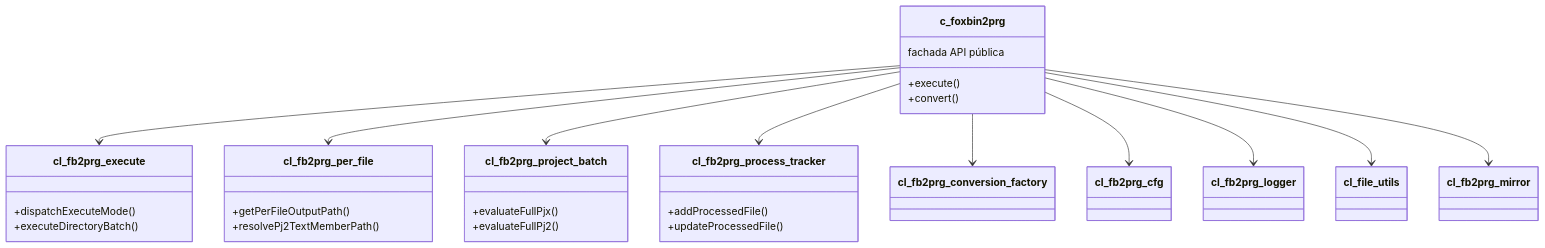
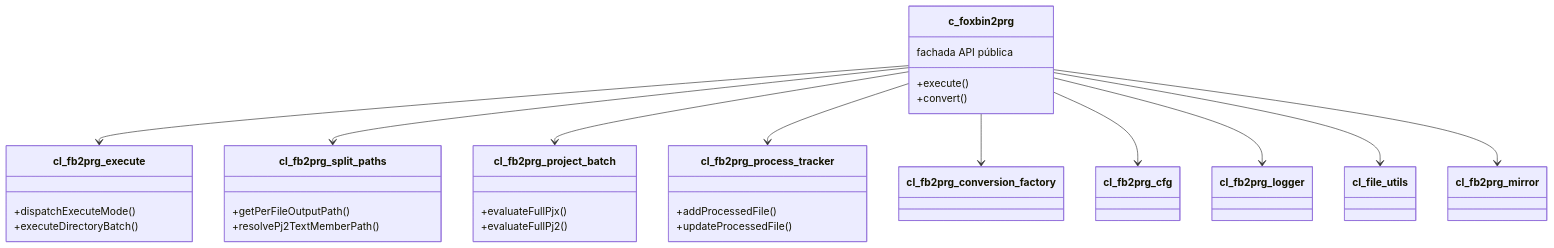
One commit to lkmatsumura/foxbin2prg changed the third of 3 diagrams in docs/c_foxbin2prg_ClassAnalysis.md. Above: the diagram before and after it, drawn with Mermaid. The commit also changed other lines of this file and 5 other files, not shown here.

First line of the commit message:
feat: Introduce cl_fb2prg_split_paths for enhanced path management

````diff
--- a/docs/c_foxbin2prg_ClassAnalysis.md
+++ b/docs/c_foxbin2prg_ClassAnalysis.md
@@ -580,34 +607,34 @@
 ```mermaid
 classDiagram
     class c_foxbin2prg {
         +execute()
         +convert()
         fachada API pública
     }
     class cl_fb2prg_execute {
         +dispatchExecuteMode()
         +executeDirectoryBatch()
     }
-    class cl_fb2prg_per_file {
+    class cl_fb2prg_split_paths {
         +getPerFileOutputPath()
         +resolvePj2TextMemberPath()
     }
     class cl_fb2prg_project_batch {
         +evaluateFullPjx()
         +evaluateFullPj2()
     }
     class cl_fb2prg_process_tracker {
         +addProcessedFile()
         +updateProcessedFile()
     }
 
     c_foxbin2prg --> cl_fb2prg_execute
-    c_foxbin2prg --> cl_fb2prg_per_file
+    c_foxbin2prg --> cl_fb2prg_split_paths
     c_foxbin2prg --> cl_fb2prg_project_batch
     c_foxbin2prg --> cl_fb2prg_process_tracker
     c_foxbin2prg --> cl_fb2prg_conversion_factory
     c_foxbin2prg --> cl_fb2prg_cfg
     c_foxbin2prg --> cl_fb2prg_logger
     c_foxbin2prg --> cl_file_utils
     c_foxbin2prg --> cl_fb2prg_mirror
 ```
````
